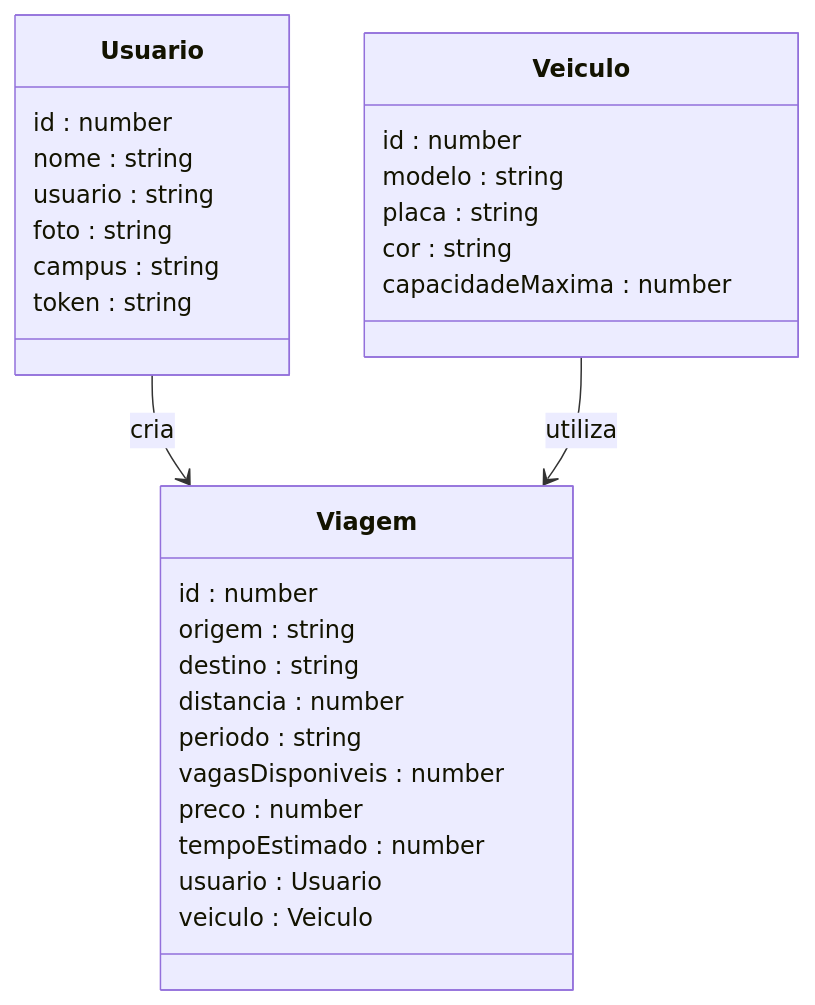
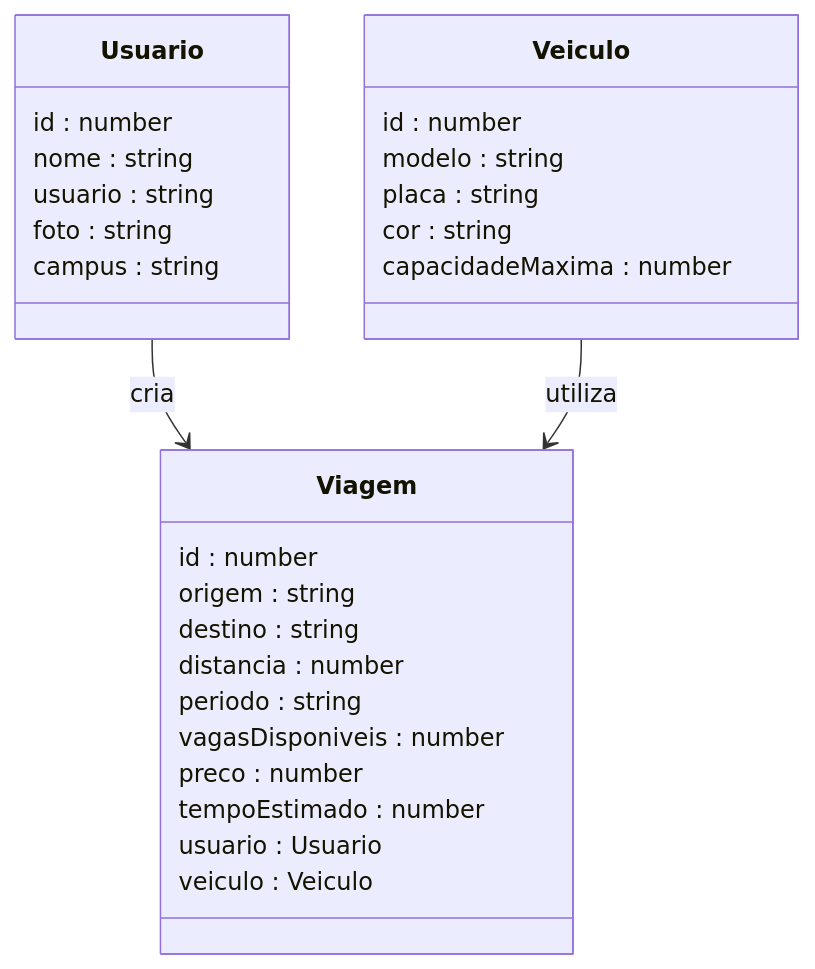
One commit to grupo6-js13/astra-frontend-corridas changed the diagram in README.md. Above: the diagram before and after it, drawn with Mermaid. The commit also changed other lines of this file, not shown here.

````diff
--- a/README.md
+++ b/README.md
@@ -43,36 +72,35 @@
 ```mermaid
 classDiagram
 
 class Veiculo {
   id : number
   modelo : string
   placa : string
   cor : string
   capacidadeMaxima : number
 }
 
 class Viagem {
   id : number
   origem : string
   destino : string
   distancia : number
   periodo : string
   vagasDisponiveis : number
   preco : number
   tempoEstimado : number
   usuario : Usuario
   veiculo : Veiculo
 }
 
 class Usuario {
   id : number
   nome : string
   usuario : string
   foto : string
   campus : string
-  token : string
 }
 
 Usuario --> Viagem : cria
 Veiculo --> Viagem : utiliza
 ```
````
